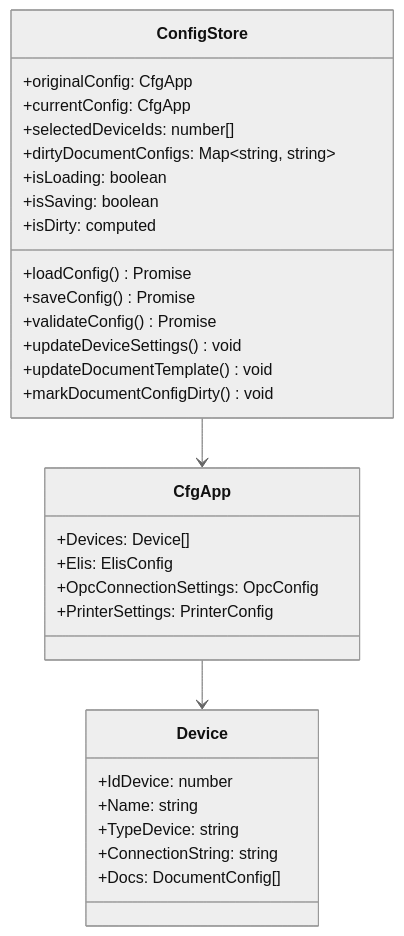
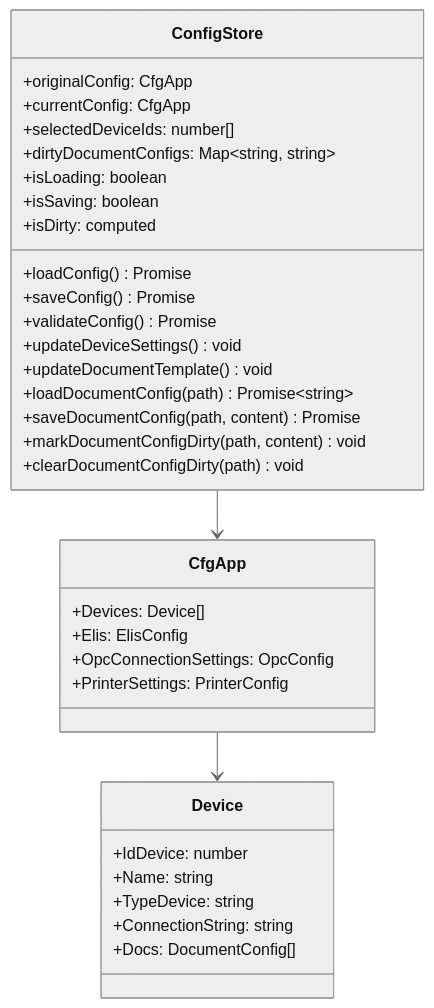
Before and after one commit to tn-ivk/tn-doc: the third of 11 diagrams in docs/architecture/configurator.md, drawn with Mermaid (neutral theme). The commit also changed other lines of this file and 12 other files, not shown here.

````diff
--- a/docs/architecture/configurator.md
+++ b/docs/architecture/configurator.md
@@ -127,36 +133,39 @@
 ```mermaid
 classDiagram
     class ConfigStore {
         +originalConfig: CfgApp
         +currentConfig: CfgApp
         +selectedDeviceIds: number[]
         +dirtyDocumentConfigs: Map~string, string~
         +isLoading: boolean
         +isSaving: boolean
         +isDirty: computed
         +loadConfig() Promise
         +saveConfig() Promise
         +validateConfig() Promise
         +updateDeviceSettings() void
         +updateDocumentTemplate() void
-        +markDocumentConfigDirty() void
+        +loadDocumentConfig(path) Promise~string~
+        +saveDocumentConfig(path, content) Promise
+        +markDocumentConfigDirty(path, content) void
+        +clearDocumentConfigDirty(path) void
     }
 
     class CfgApp {
         +Devices: Device[]
         +Elis: ElisConfig
         +OpcConnectionSettings: OpcConfig
         +PrinterSettings: PrinterConfig
     }
 
     class Device {
         +IdDevice: number
         +Name: string
         +TypeDevice: string
         +ConnectionString: string
         +Docs: DocumentConfig[]
     }
 
     ConfigStore --> CfgApp
     CfgApp --> Device
 ```
````
